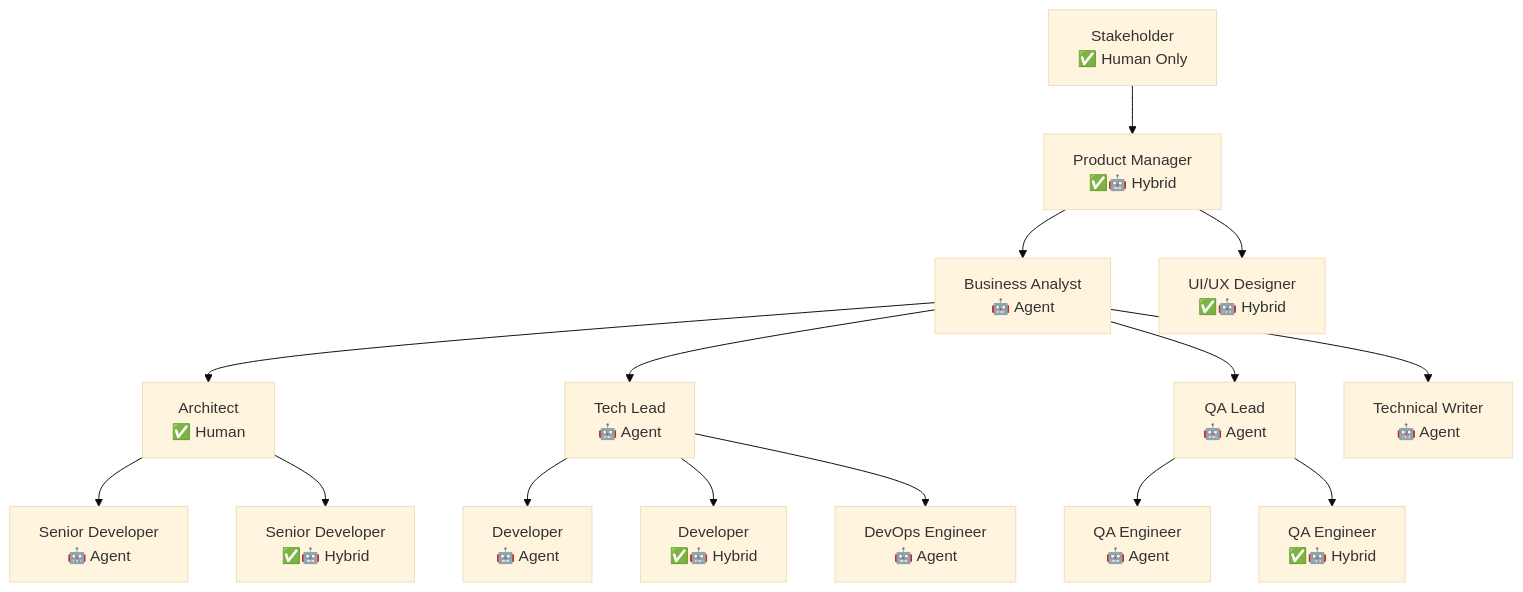
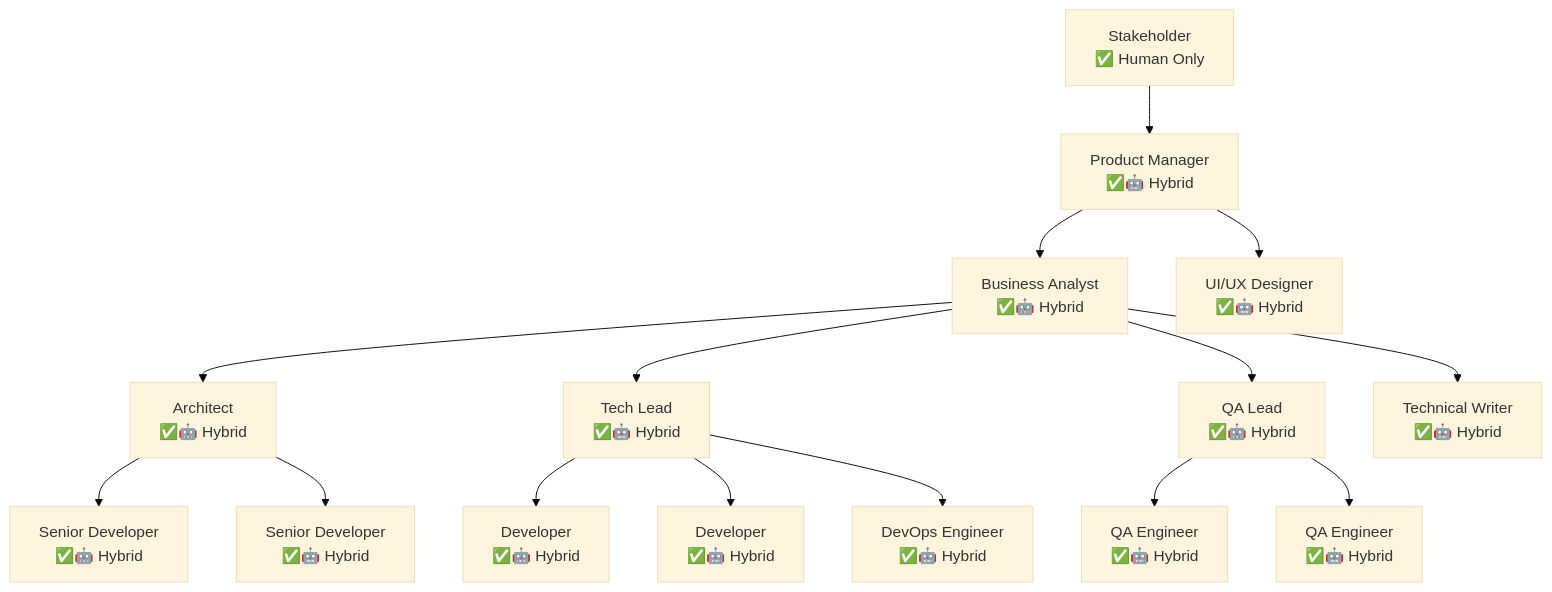
The diagram in presentations/from-team-to-agents/slides/slide-03-agent-augmented.md (o2alexanderfedin/AI-Hive-Business-Docs), drawn with Mermaid (base theme) before and after one commit. The commit also changed other lines of this file, not shown here.

Commit message:
Update slide 3 to show all roles (except stakeholder) as hybrid
- Changed all roles to show ✅🤖 Hybrid designation
- Only Stakeholder remains as Human Only
- Updated legend to reflect the two options
- Emphasizes flexibility of agent-augmented teams

🤖 Generated with [Claude Code](https://claude.ai/code)

````diff
--- a/presentations/from-team-to-agents/slides/slide-03-agent-augmented.md
+++ b/presentations/from-team-to-agents/slides/slide-03-agent-augmented.md
@@ -11,18 +11,18 @@
 ```mermaid
 graph TD
     A[Stakeholder<br/>✅ Human Only] --> B[Product Manager<br/>✅🤖 Hybrid]
-    B --> C[Business Analyst<br/>🤖 Agent]
-    C --> D[Architect<br/>✅ Human]
-    C --> E[Tech Lead<br/>🤖 Agent]
-    D --> F[Senior Developer<br/>🤖 Agent]
+    B --> C[Business Analyst<br/>✅🤖 Hybrid]
+    C --> D[Architect<br/>✅🤖 Hybrid]
+    C --> E[Tech Lead<br/>✅🤖 Hybrid]
+    D --> F[Senior Developer<br/>✅🤖 Hybrid]
     D --> G[Senior Developer<br/>✅🤖 Hybrid]
-    E --> H[Developer<br/>🤖 Agent]
+    E --> H[Developer<br/>✅🤖 Hybrid]
     E --> I[Developer<br/>✅🤖 Hybrid]
 
     B --> J[UI/UX Designer<br/>✅🤖 Hybrid]
-    C --> K[QA Lead<br/>🤖 Agent]
-    K --> L[QA Engineer<br/>🤖 Agent]
+    C --> K[QA Lead<br/>✅🤖 Hybrid]
+    K --> L[QA Engineer<br/>✅🤖 Hybrid]
     K --> M[QA Engineer<br/>✅🤖 Hybrid]
-    E --> N[DevOps Engineer<br/>🤖 Agent]
-    C --> O[Technical Writer<br/>🤖 Agent]
+    E --> N[DevOps Engineer<br/>✅🤖 Hybrid]
+    C --> O[Technical Writer<br/>✅🤖 Hybrid]
 ```
````
